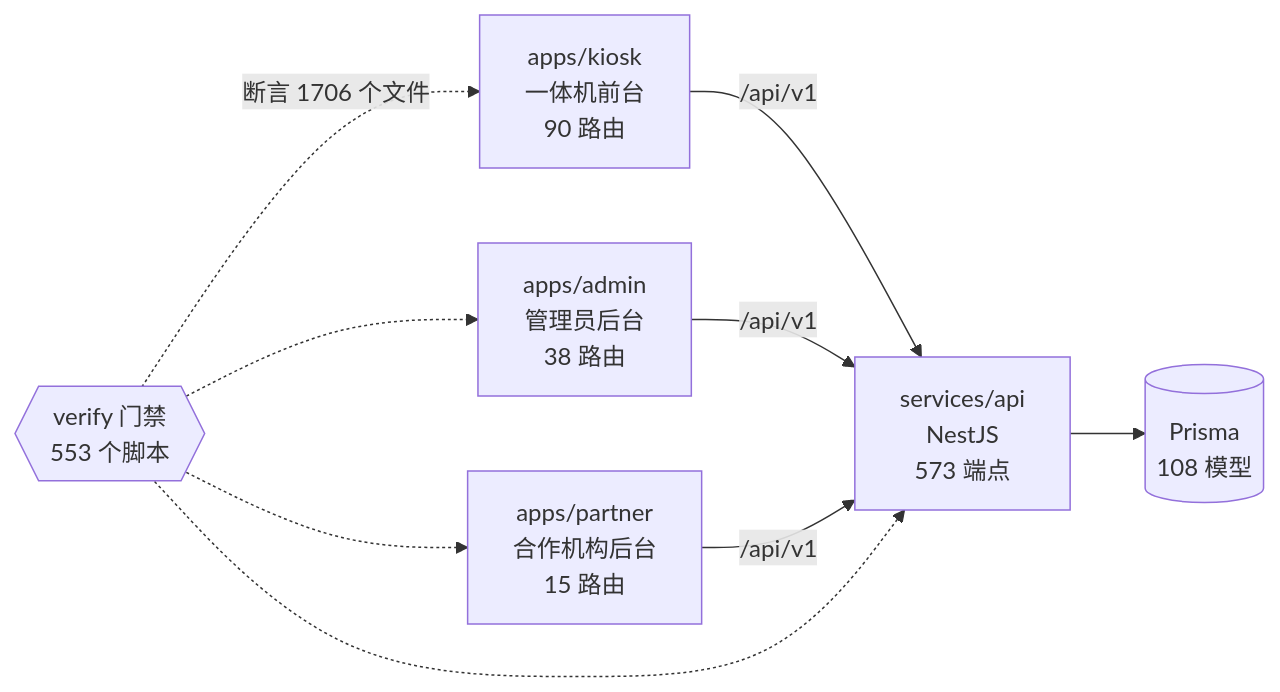
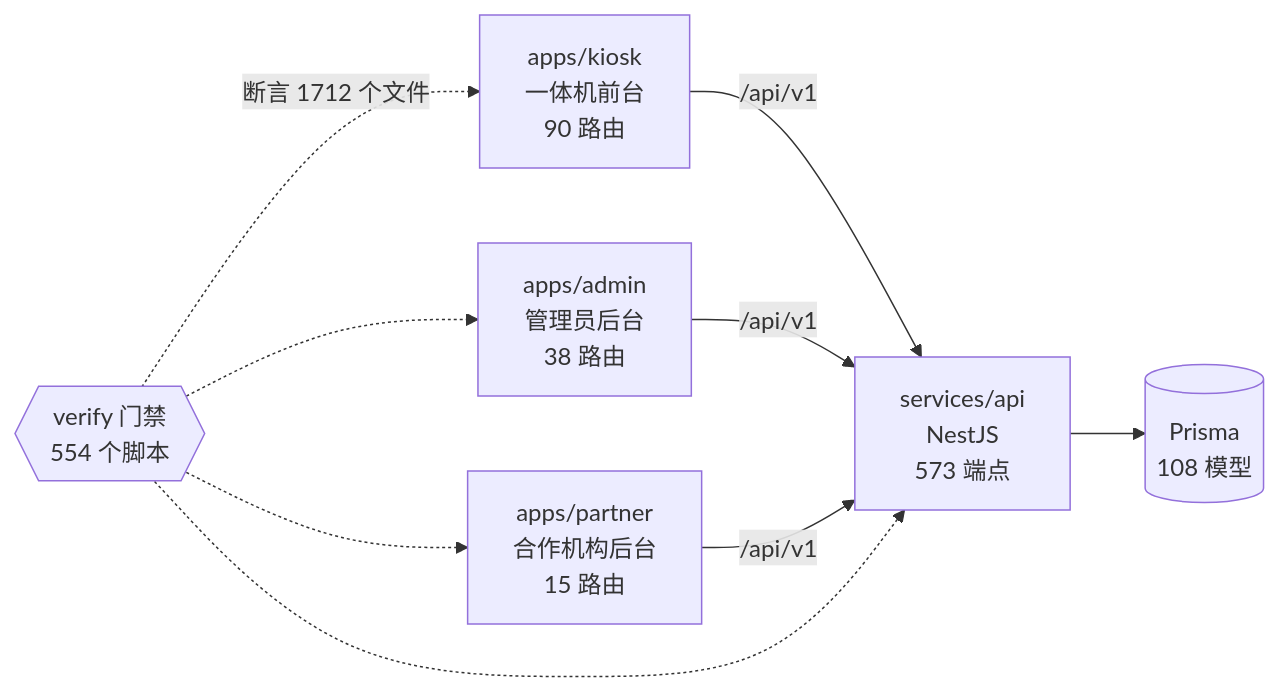
The diagram in docs/graph/README.md (wanglei581/YITIJI), drawn with Mermaid before and after one commit. The commit also changed other lines of this file and 2 other files, not shown here.

Commit message:
chore(graph): 清场 P0 合入后重生项目图谱

````diff
--- a/docs/graph/README.md
+++ b/docs/graph/README.md
@@ -68,18 +68,18 @@
 ```mermaid
 flowchart LR
   kiosk["apps/kiosk<br/>一体机前台<br/>90 路由"]
   admin["apps/admin<br/>管理员后台<br/>38 路由"]
   partner["apps/partner<br/>合作机构后台<br/>15 路由"]
   api["services/api<br/>NestJS<br/>573 端点"]
   db[("Prisma<br/>108 模型")]
-  gates{{"verify 门禁<br/>553 个脚本"}}
+  gates{{"verify 门禁<br/>554 个脚本"}}
 
   kiosk -->|"/api/v1"| api
   admin -->|"/api/v1"| api
   partner -->|"/api/v1"| api
   api --> db
-  gates -.->|"断言 1706 个文件"| kiosk
+  gates -.->|"断言 1712 个文件"| kiosk
   gates -.-> admin
   gates -.-> partner
   gates -.-> api
 ```
````
